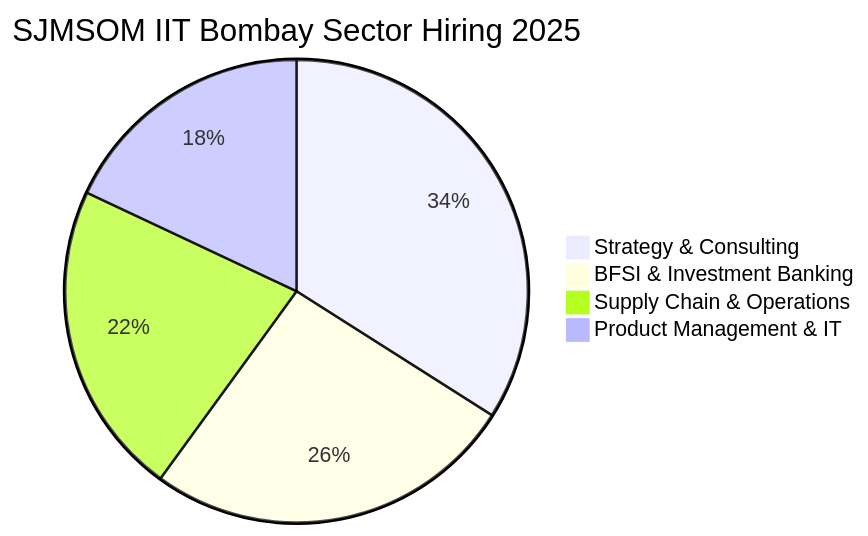
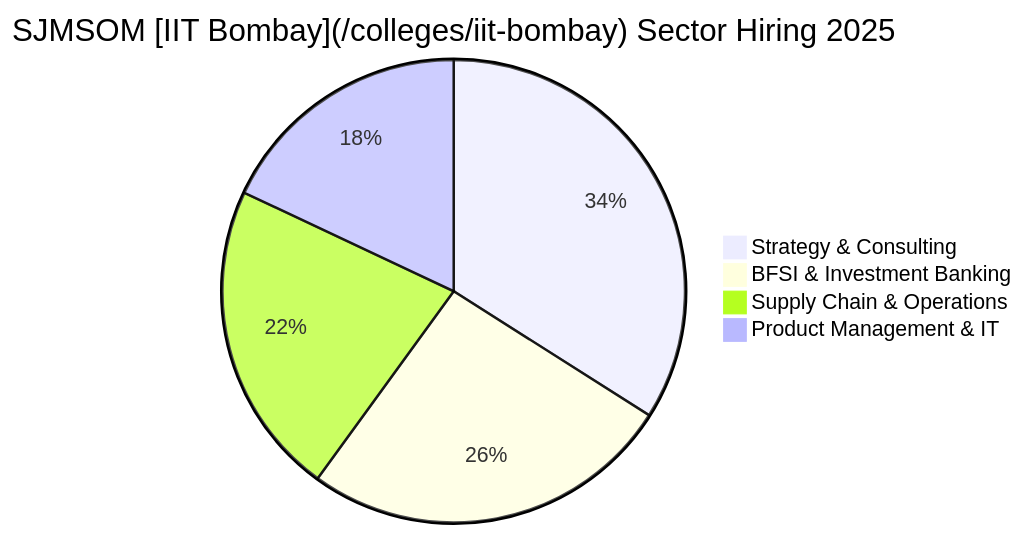
One commit to mohitjaincounsellingmba/careerwithmohit changed the diagram in posts/sjmsom-iit-bombay-mba-placement-report-2025.md. Above: the diagram before and after it, drawn with Mermaid. The commit also changed other lines of this file and 639 other files, not shown here.

````diff
--- a/posts/sjmsom-iit-bombay-mba-placement-report-2025.md
+++ b/posts/sjmsom-iit-bombay-mba-placement-report-2025.md
@@ -71,7 +71,7 @@
 ```mermaid
-pie title SJMSOM IIT Bombay Sector Hiring 2025
+pie title SJMSOM [IIT Bombay](/colleges/iit-bombay) Sector Hiring 2025
     "Strategy & Consulting" : 34
     "BFSI & Investment Banking" : 26
     "Supply Chain & Operations" : 22
     "Product Management & IT" : 18
 ```
````
